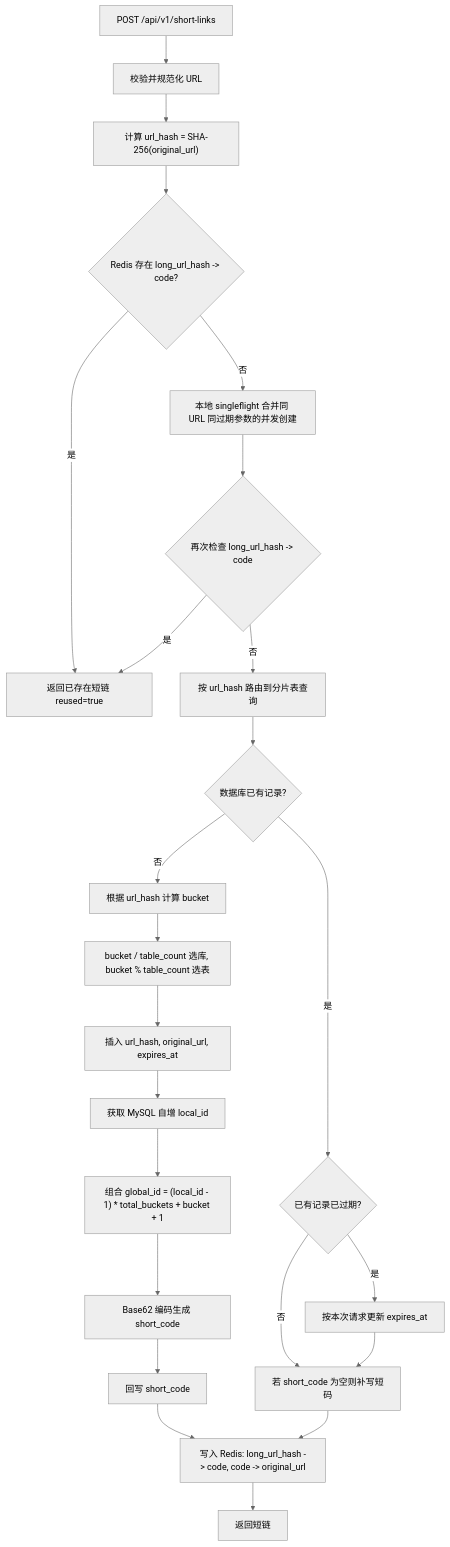
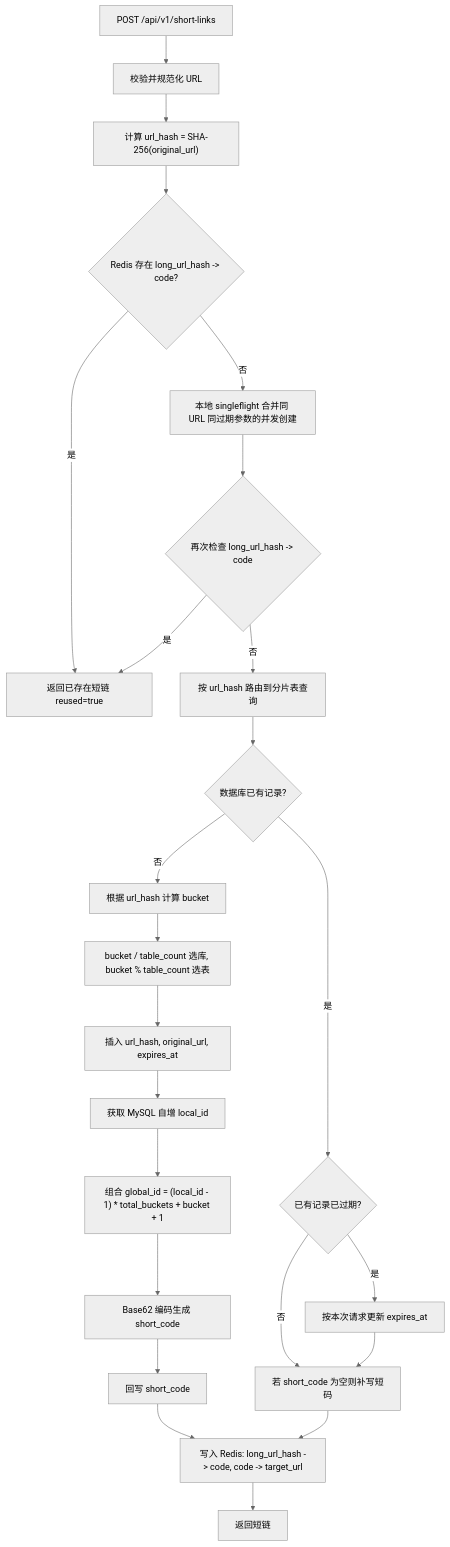
Before and after one commit to serendipityConfusion/short-url: the second of 6 diagrams in README.md, drawn with Mermaid (neutral theme). The commit also changed other lines of this file and 5 other files, not shown here.

````diff
--- a/README.md
+++ b/README.md
@@ -35,26 +35,26 @@
 ```mermaid
 flowchart TD
   start["POST /api/v1/short-links"] --> validate["校验并规范化 URL"]
   validate --> hash["计算 url_hash = SHA-256(original_url)"]
   hash --> cacheLong{"Redis 存在 long_url_hash -> code?"}
   cacheLong -- "是" --> returnCached["返回已存在短链 reused=true"]
   cacheLong -- "否" --> singleflight["本地 singleflight 合并同 URL 同过期参数的并发创建"]
   singleflight --> cacheAgain{"再次检查 long_url_hash -> code"}
   cacheAgain -- "是" --> returnCached
   cacheAgain -- "否" --> findHash["按 url_hash 路由到分片表查询"]
   findHash --> existed{"数据库已有记录?"}
   existed -- "是" --> expiredExisting{"已有记录已过期?"}
   expiredExisting -- "是" --> refreshExpire["按本次请求更新 expires_at"]
   expiredExisting -- "否" --> ensureCode["若 short_code 为空则补写短码"]
   refreshExpire --> ensureCode
   existed -- "否" --> bucket["根据 url_hash 计算 bucket"]
   bucket --> route["bucket / table_count 选库, bucket % table_count 选表"]
   route --> insert["插入 url_hash, original_url, expires_at"]
   insert --> localID["获取 MySQL 自增 local_id"]
   localID --> globalID["组合 global_id = (local_id - 1) * total_buckets + bucket + 1"]
   globalID --> base62["Base62 编码生成 short_code"]
   base62 --> updateCode["回写 short_code"]
-  updateCode --> writeCache["写入 Redis: long_url_hash -> code, code -> original_url"]
+  updateCode --> writeCache["写入 Redis: long_url_hash -> code, code -> target_url"]
   ensureCode --> writeCache
   writeCache --> done["返回短链"]
 ```
````
